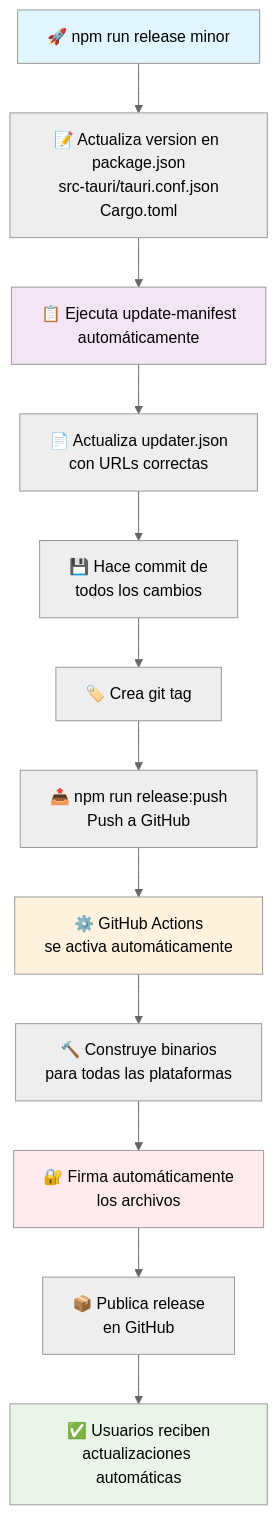
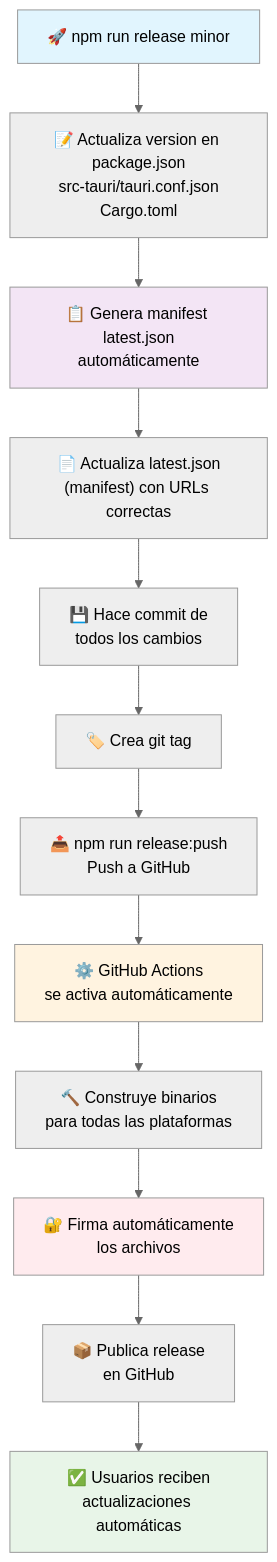
The diagram in docs/RELEASE_WORKFLOW.md (LuminaKraft/LuminaKraftLauncher), drawn with Mermaid (neutral theme) before and after one commit. The commit also changed other lines of this file and 4 other files, not shown here.

First line of the commit message:
chore: update release workflow and documentation for latest.json

````diff
--- a/docs/RELEASE_WORKFLOW.md
+++ b/docs/RELEASE_WORKFLOW.md
@@ -7,20 +7,20 @@
 ```mermaid
 graph TD
     A["🚀 npm run release minor"] --> B["📝 Actualiza version en package.json<br/>src-tauri/tauri.conf.json<br/>Cargo.toml"]
-    B --> C["📋 Ejecuta update-manifest<br/>automáticamente"]
-    C --> D["📄 Actualiza updater.json<br/>con URLs correctas"]
+    B --> C["📋 Genera manifest latest.json<br/>automáticamente"]
+    C --> D["📄 Actualiza latest.json<br/>(manifest) con URLs correctas"]
     D --> E["💾 Hace commit de<br/>todos los cambios"]
     E --> F["🏷️ Crea git tag"]
     F --> G["📤 npm run release:push<br/>Push a GitHub"]
     G --> H["⚙️ GitHub Actions<br/>se activa automáticamente"]
     H --> I["🔨 Construye binarios<br/>para todas las plataformas"]
     I --> J["🔐 Firma automáticamente<br/>los archivos"]
     J --> K["📦 Publica release<br/>en GitHub"]
     K --> L["✅ Usuarios reciben<br/>actualizaciones automáticas"]
     
     style A fill:#e1f5fe
     style C fill:#f3e5f5
     style H fill:#fff3e0
     style J fill:#ffebee
     style L fill:#e8f5e8
 ```
````
